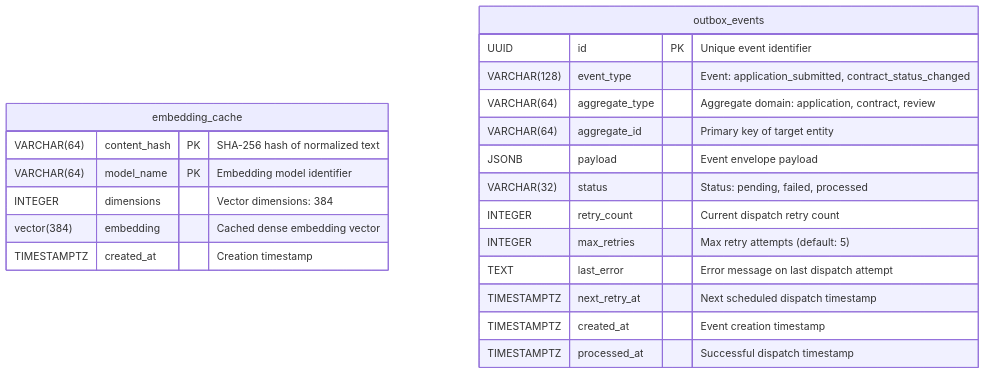
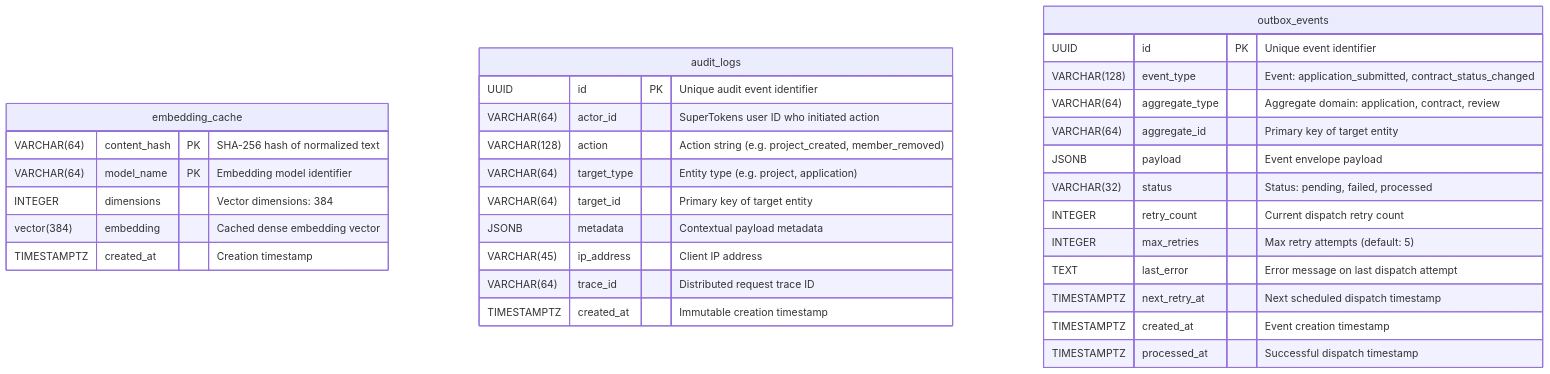
One commit to BIJJUDAMA/Lynk changed the third of 5 diagrams in docs/architecture/database-schema-erd.md. Above: the diagram before and after it, drawn with Mermaid. The commit also changed other lines of this file and 13 other files, not shown here.

````diff
--- a/docs/architecture/database-schema-erd.md
+++ b/docs/architecture/database-schema-erd.md
@@ -288,25 +288,38 @@
 ```mermaid
 erDiagram
     embedding_cache {
         VARCHAR(64) content_hash PK "SHA-256 hash of normalized text"
         VARCHAR(64) model_name PK "Embedding model identifier"
         INTEGER dimensions "Vector dimensions: 384"
         vector(384) embedding "Cached dense embedding vector"
         TIMESTAMPTZ created_at "Creation timestamp"
+    }
+
+
+    audit_logs {
+        UUID id PK "Unique audit event identifier"
+        VARCHAR(64) actor_id "SuperTokens user ID who initiated action"
+        VARCHAR(128) action "Action string (e.g. project_created, member_removed)"
+        VARCHAR(64) target_type "Entity type (e.g. project, application)"
+        VARCHAR(64) target_id "Primary key of target entity"
+        JSONB metadata "Contextual payload metadata"
+        VARCHAR(45) ip_address "Client IP address"
+        VARCHAR(64) trace_id "Distributed request trace ID"
+        TIMESTAMPTZ created_at "Immutable creation timestamp"
     }
 
     outbox_events {
         UUID id PK "Unique event identifier"
         VARCHAR(128) event_type "Event: application_submitted, contract_status_changed"
         VARCHAR(64) aggregate_type "Aggregate domain: application, contract, review"
         VARCHAR(64) aggregate_id "Primary key of target entity"
         JSONB payload "Event envelope payload"
         VARCHAR(32) status "Status: pending, failed, processed"
         INTEGER retry_count "Current dispatch retry count"
         INTEGER max_retries "Max retry attempts (default: 5)"
         TEXT last_error "Error message on last dispatch attempt"
         TIMESTAMPTZ next_retry_at "Next scheduled dispatch timestamp"
         TIMESTAMPTZ created_at "Event creation timestamp"
         TIMESTAMPTZ processed_at "Successful dispatch timestamp"
     }
 ```
````
